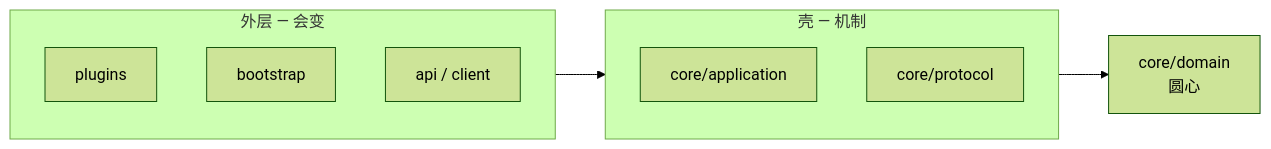
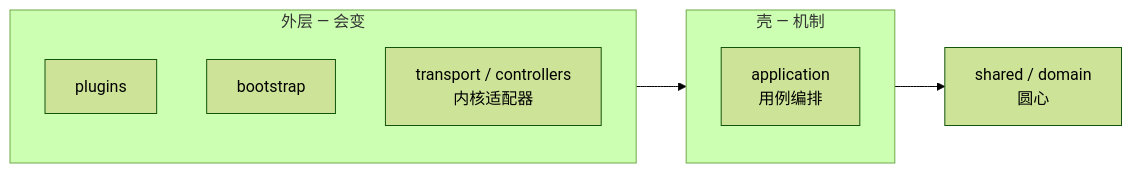
The third of 5 diagrams in README_zh.md (GOODDAYDAY/my-harness-desktop), drawn with Mermaid (forest theme) before and after one commit. The commit also changed other lines of this file and 1 other file, not shown here.

````diff
--- a/README_zh.md
+++ b/README_zh.md
@@ -205,14 +221,13 @@
 ```mermaid
 flowchart LR
     subgraph outer[外层 — 会变]
         P[plugins]
         B[bootstrap]
-        C[api / client]
+        C[transport / controllers<br/>内核适配器]
     end
     subgraph mid[壳 — 机制]
-        A[core/application]
-        R[core/protocol]
+        A[application<br/>用例编排]
     end
-    D[core/domain<br/>圆心]
+    D[shared / domain<br/>圆心]
     outer --> mid --> D
 ```
````
